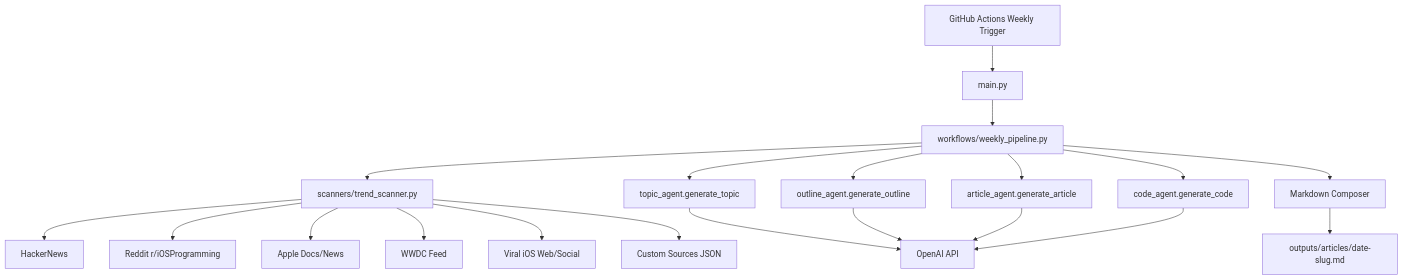
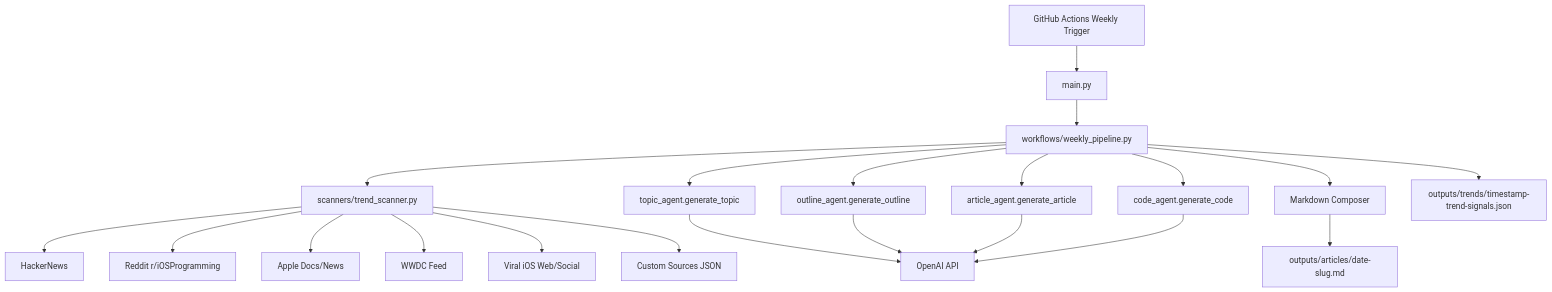
One commit to saurabhdave/ios-dev-ai-writer changed the diagram in README.md. Above: the diagram before and after it, drawn with Mermaid. The commit also changed other lines of this file and 7 other files, not shown here.

````diff
--- a/README.md
+++ b/README.md
@@ -54,22 +61,23 @@
 ```mermaid
 flowchart TD
     A[GitHub Actions Weekly Trigger] --> B[main.py]
     B --> C[workflows/weekly_pipeline.py]
     C --> S[scanners/trend_scanner.py]
     S --> S1[HackerNews]
     S --> S2[Reddit r/iOSProgramming]
     S --> S3[Apple Docs/News]
     S --> S4[WWDC Feed]
     S --> S5[Viral iOS Web/Social]
     S --> S6[Custom Sources JSON]
     C --> D[topic_agent.generate_topic]
     C --> E[outline_agent.generate_outline]
     C --> F[article_agent.generate_article]
     C --> G[code_agent.generate_code]
     D --> H[OpenAI API]
     E --> H
     F --> H
     G --> H
     C --> I[Markdown Composer]
     I --> J[outputs/articles/date-slug.md]
+    C --> K[outputs/trends/timestamp-trend-signals.json]
 ```
````
